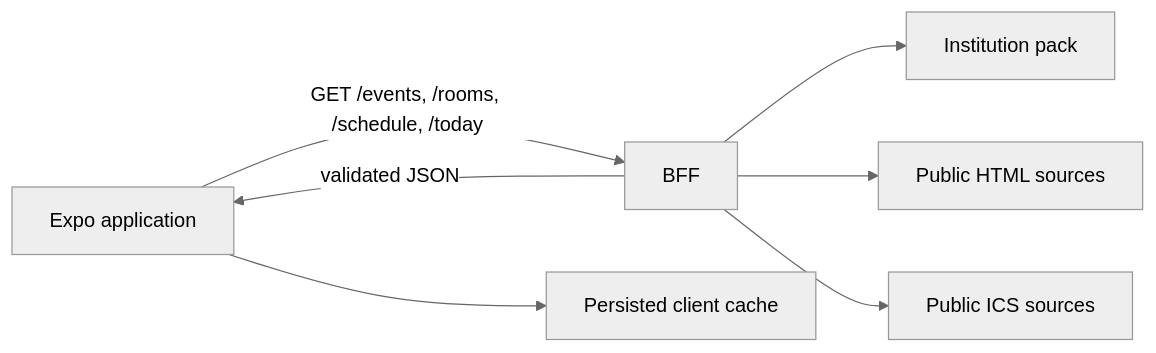
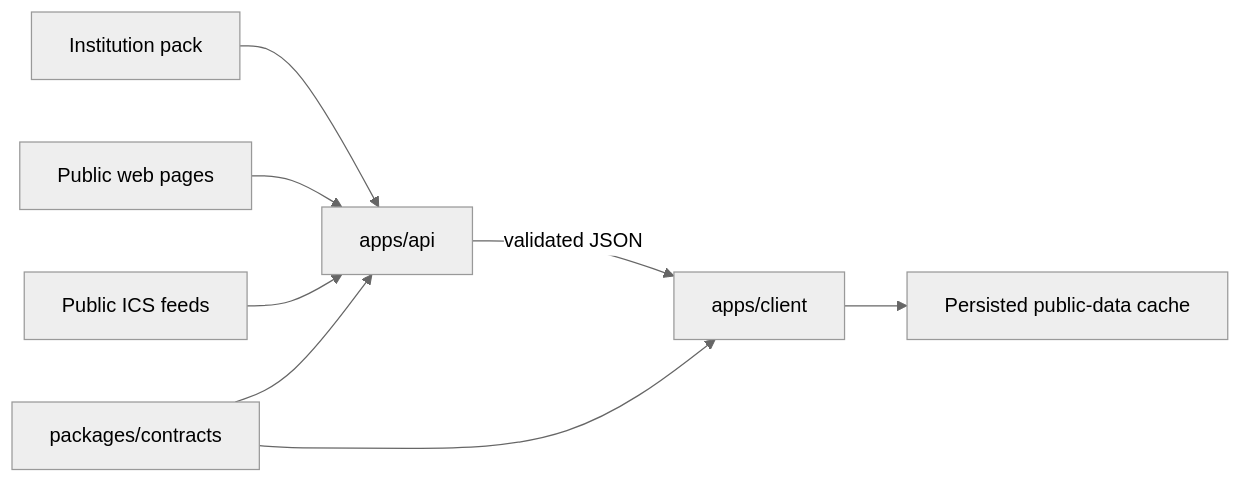
Before and after one commit to sebastianspicker/concourse: the diagram in docs/architecture.md, drawn with Mermaid (neutral theme). The commit also changed other lines of this file and 485 other files, not shown here.

First line of the commit message:
refactor: split the workspace into contracts, api and client

````diff
--- a/docs/architecture.md
+++ b/docs/architecture.md
@@ -7,9 +5,10 @@
-```mermaid
+~~~mermaid
 flowchart LR
-  Client["Expo application"] -->|"GET /events, /rooms, /schedule, /today"| BFF
-  BFF --> Pack["Institution pack"]
-  BFF --> HTML["Public HTML sources"]
-  BFF --> ICS["Public ICS sources"]
-  BFF -->|"validated JSON"| Client
-  Client --> Cache["Persisted client cache"]
-```
+  Pack[Institution pack] --> API[apps/api]
+  HTML[Public web pages] --> API
+  ICS[Public ICS feeds] --> API
+  API -->|validated JSON| Client[apps/client]
+  Contracts[packages/contracts] --> API
+  Contracts --> Client
+  Client --> Cache[Persisted public-data cache]
+~~~
````
